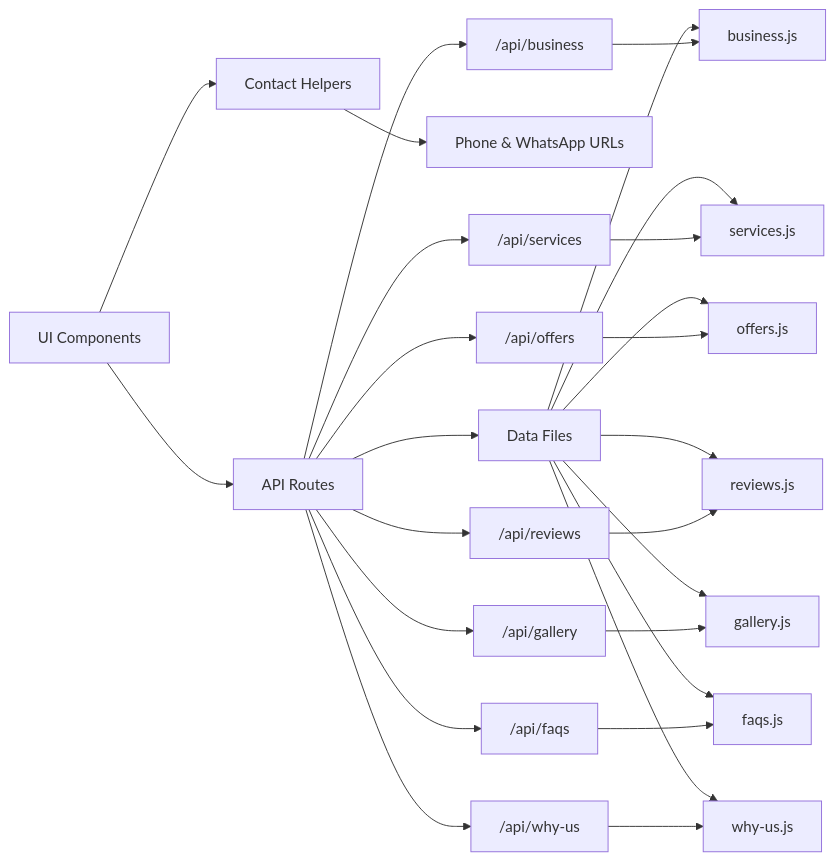
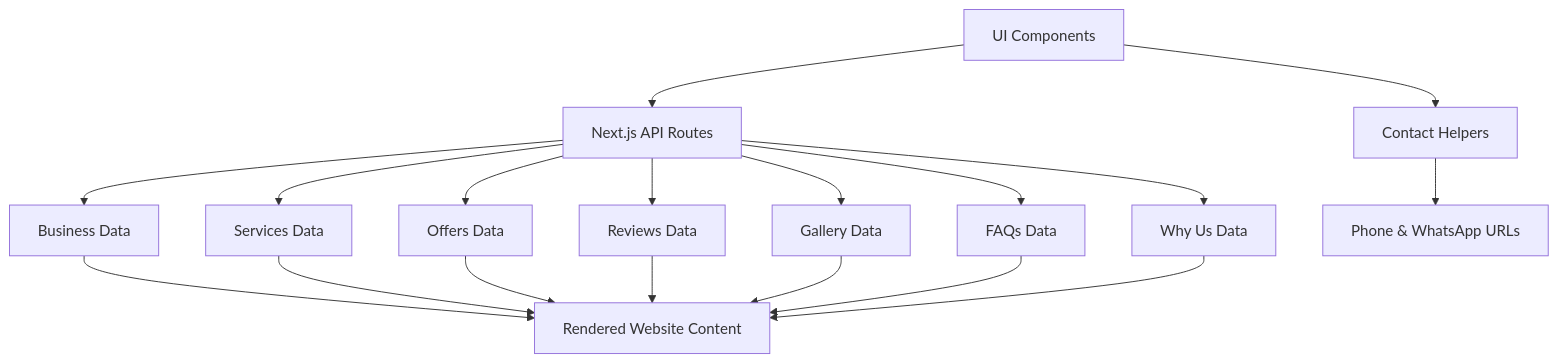
The diagram in README.md (hadiashah01/aaira-khan-salon), drawn with Mermaid before and after one commit. The commit also changed other lines of this file and 2 other files, not shown here.

Commit message:
Enhance LocationMap and SpecialOffers components with WhatsApp integration; improve copy functionality and styling

````diff
--- a/README.md
+++ b/README.md
@@ -81,31 +129,22 @@
 ```mermaid
-flowchart LR
-    A["UI Components"] --> B["API Routes"]
+flowchart TD
+    A["UI Components"] --> B["Next.js API Routes"]
     A --> C["Contact Helpers"]
-    B --> D["Data Files"]
-    C --> E["Phone & WhatsApp URLs"]
 
-    D --> D1["business.js"]
-    D --> D2["services.js"]
-    D --> D3["offers.js"]
-    D --> D4["reviews.js"]
-    D --> D5["gallery.js"]
-    D --> D6["faqs.js"]
-    D --> D7["why-us.js"]
+    B --> D["Business Data"]
+    B --> E["Services Data"]
+    B --> F["Offers Data"]
+    B --> G["Reviews Data"]
+    B --> H["Gallery Data"]
+    B --> I["FAQs Data"]
+    B --> J["Why Us Data"]
 
-    B --> F["/api/business"]
-    B --> G["/api/services"]
-    B --> H["/api/offers"]
-    B --> I["/api/reviews"]
-    B --> J["/api/gallery"]
-    B --> K["/api/faqs"]
-    B --> L["/api/why-us"]
-
-    F --> D1
-    G --> D2
-    H --> D3
-    I --> D4
-    J --> D5
-    K --> D6
-    L --> D7
+    C --> K["Phone & WhatsApp URLs"]
+    D --> L["Rendered Website Content"]
+    E --> L
+    F --> L
+    G --> L
+    H --> L
+    I --> L
+    J --> L
 ```
````
